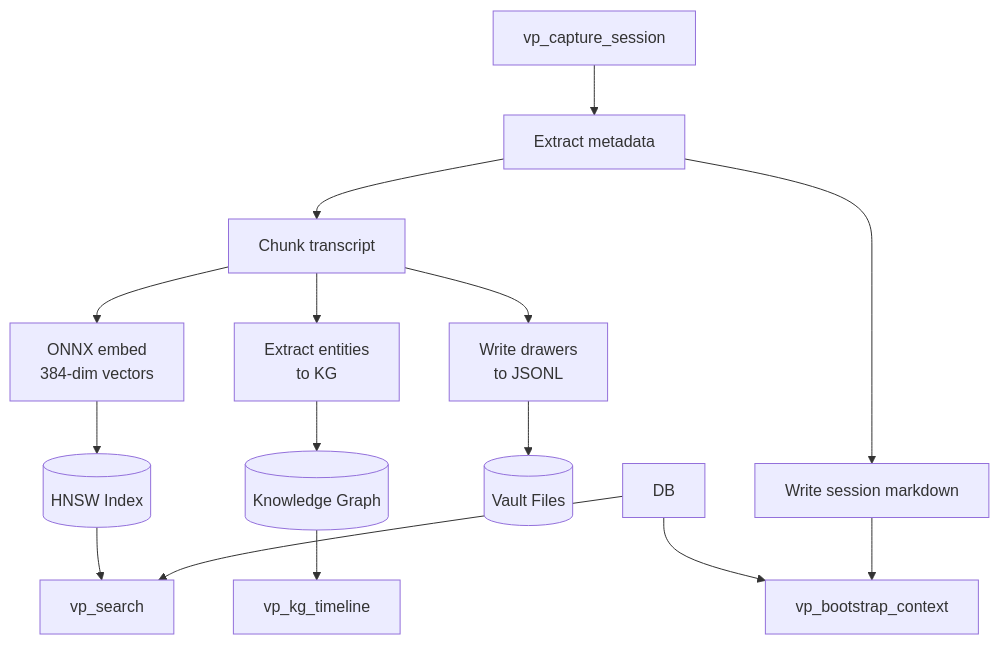
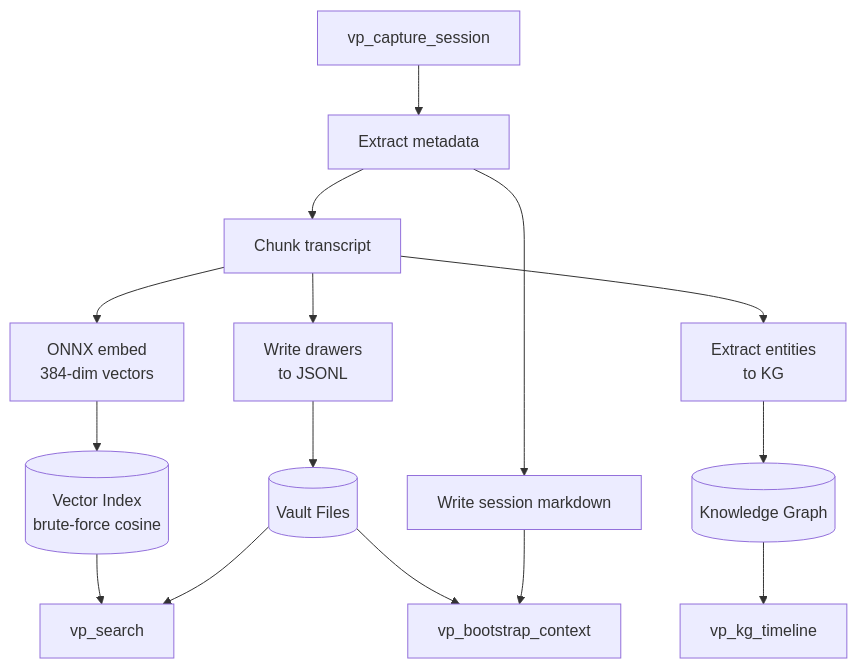
Before and after one commit to suykerbuyk/vibe-palace: the seventh of 12 diagrams in doc/PRD-vibe-palace.md, drawn with Mermaid. The commit also changed other lines of this file and 32 other files, not shown here.

````diff
--- a/doc/PRD-vibe-palace.md
+++ b/doc/PRD-vibe-palace.md
@@ -527,20 +575,20 @@
 ```mermaid
 flowchart TD
     AI[vp_capture_session] --> META[Extract metadata]
     META --> CHUNK[Chunk transcript]
     META --> VAULT[Write session markdown]
 
     CHUNK --> EMBED[ONNX embed<br/>384-dim vectors]
     CHUNK --> JSONL[Write drawers<br/>to JSONL]
     CHUNK --> KG[Extract entities<br/>to KG]
 
-    EMBED --> HNSW[(HNSW Index)]
+    EMBED --> VIDX[(Vector Index<br/>brute-force cosine)]
     JSONL --> FS[(Vault Files)]
     KG --> KGDB[(Knowledge Graph)]
 
-    HNSW --> SEARCH[vp_search]
-    DB --> SEARCH
-    DB --> CTX[vp_bootstrap_context]
+    VIDX --> SEARCH[vp_search]
+    FS --> SEARCH
+    FS --> CTX[vp_bootstrap_context]
     KGDB --> TL[vp_kg_timeline]
     VAULT --> CTX
 ```
````
